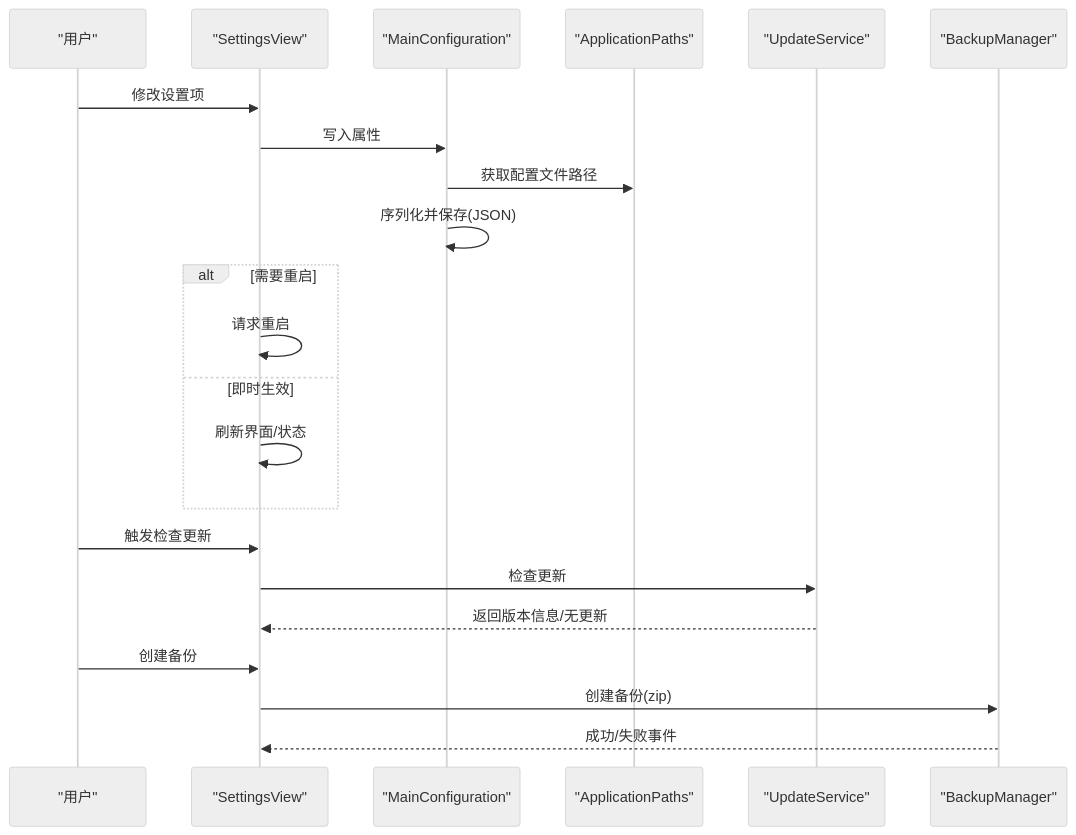
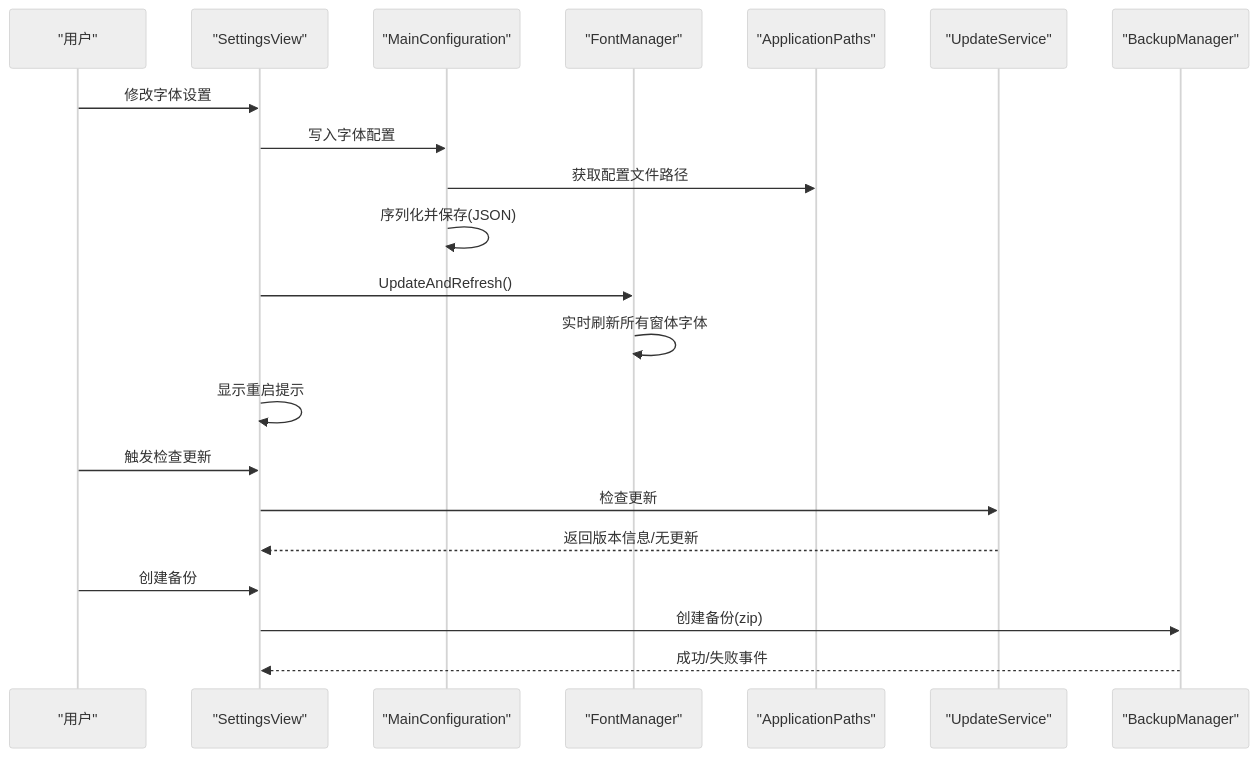
Before and after one commit to tea4go/Macro-Deck: the second of 6 diagrams in .qoder/repowiki/zh/content/图形用户界面/视图管理系统/设置视图.md, drawn with Mermaid (neutral theme). The commit also changed other lines of this file and 32 other files, not shown here.

````diff
--- a/.qoder/repowiki/zh/content/图形用户界面/视图管理系统/设置视图.md
+++ b/.qoder/repowiki/zh/content/图形用户界面/视图管理系统/设置视图.md
@@ -116,24 +128,23 @@
 ```mermaid
 sequenceDiagram
 participant U as "用户"
 participant SV as "SettingsView"
 participant CFG as "MainConfiguration"
+participant FM as "FontManager"
 participant PATH as "ApplicationPaths"
 participant SVC as "UpdateService"
 participant BK as "BackupManager"
-U->>SV : 修改设置项
-SV->>CFG : 写入属性
+U->>SV : 修改字体设置
+SV->>CFG : 写入字体配置
 CFG->>PATH : 获取配置文件路径
 CFG->>CFG : 序列化并保存(JSON)
-alt 需要重启
-SV->>SV : 请求重启
-else 即时生效
-SV->>SV : 刷新界面/状态
-end
+SV->>FM : UpdateAndRefresh()
+FM->>FM : 实时刷新所有窗体字体
+SV->>SV : 显示重启提示
 U->>SV : 触发检查更新
 SV->>SVC : 检查更新
 SVC-->>SV : 返回版本信息/无更新
 U->>SV : 创建备份
 SV->>BK : 创建备份(zip)
 BK-->>SV : 成功/失败事件
 ```
````
